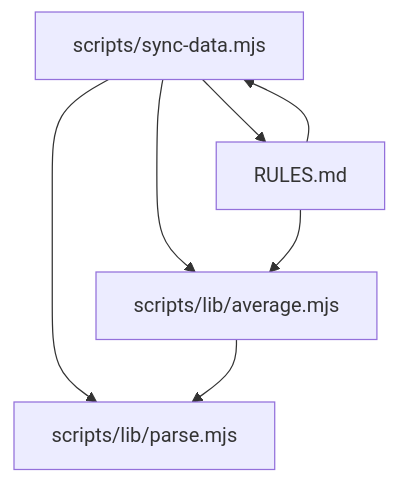
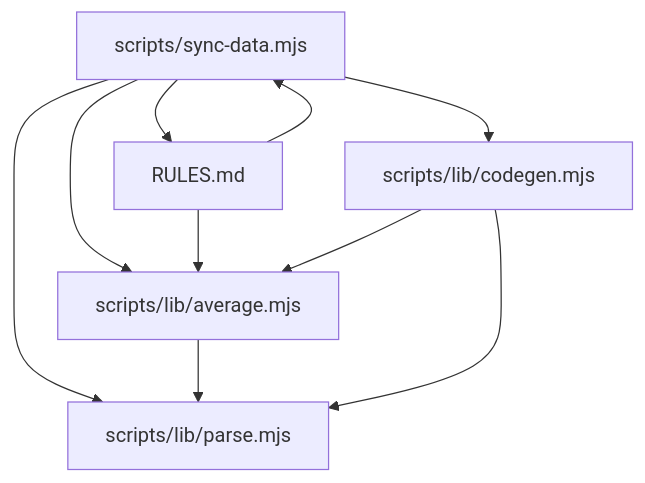
The first of 12 diagrams in .qoder/repowiki/en/content/Architecture Overview/Data Flow & Processing Pipeline/Score Calculation & Averaging.md (delirium-dj/modelcomp), drawn with Mermaid before and after one commit. The commit also changed other lines of this file and 162 other files, not shown here.

````diff
--- a/.qoder/repowiki/en/content/Architecture Overview/Data Flow & Processing Pipeline/Score Calculation & Averaging.md
+++ b/.qoder/repowiki/en/content/Architecture Overview/Data Flow & Processing Pipeline/Score Calculation & Averaging.md
@@ -48,9 +59,12 @@
 ```mermaid
 graph TB
 Sync["scripts/sync-data.mjs"] --> Parse["scripts/lib/parse.mjs"]
 Sync --> Avg["scripts/lib/average.mjs"]
+Sync --> Codegen["scripts/lib/codegen.mjs"]
 Sync --> Rules["RULES.md"]
 Avg --> Parse
 Rules --> Sync
 Rules --> Avg
+Codegen --> Parse
+Codegen --> Avg
 ```
````
